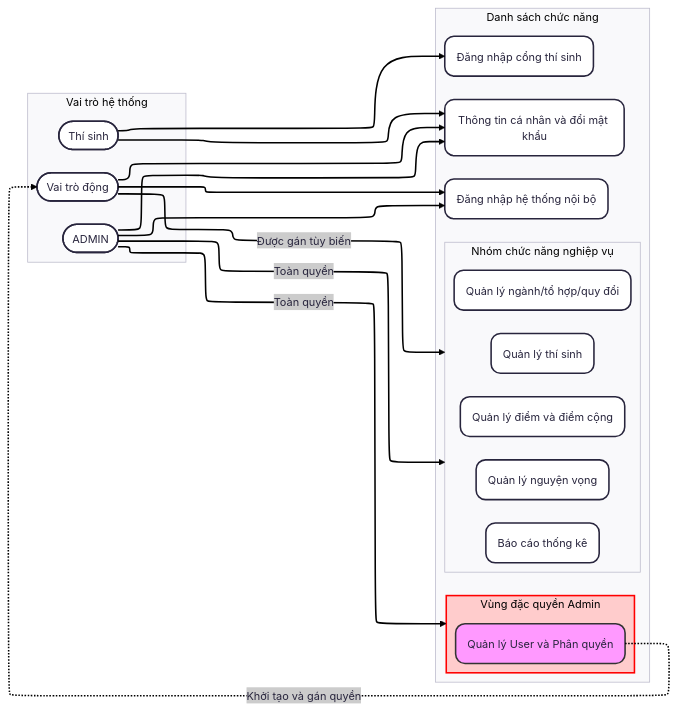
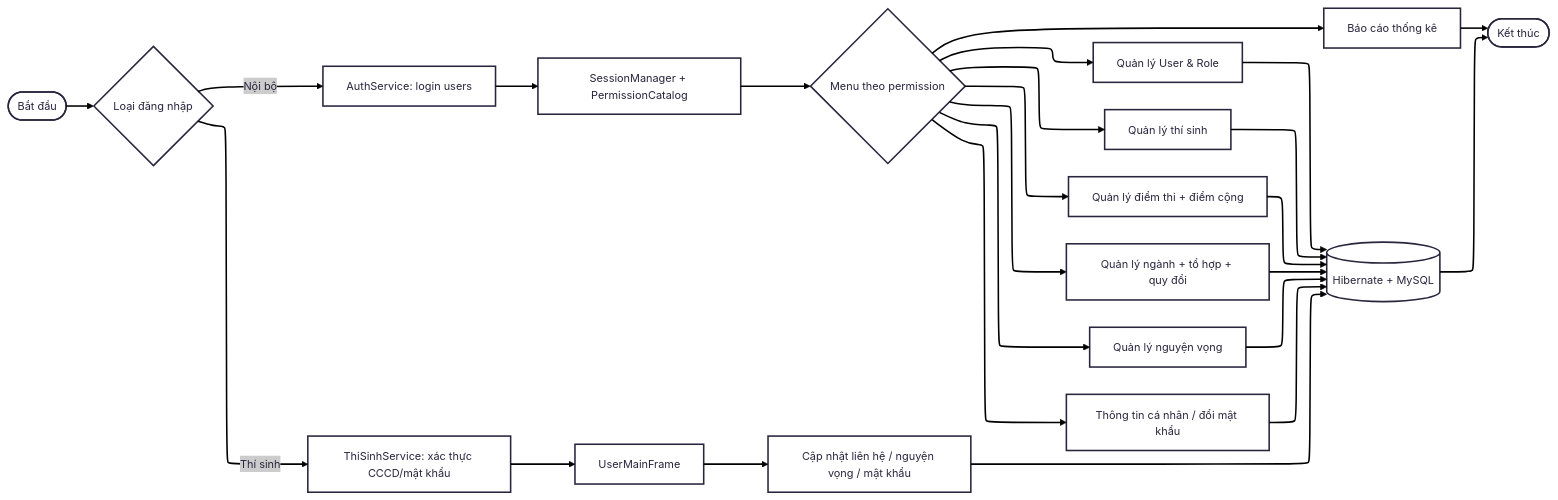
Before and after one commit to HaoWasabi/TuVanTuyenSinh: the first of 4 diagrams in docs/prd.md, drawn with Mermaid. The commit also changed other lines of this file and 8 other files, not shown here.

Commit message:
docs: update research with new diagrams and flowcharts

````diff
--- a/docs/prd.md
+++ b/docs/prd.md
@@ -97,48 +97,36 @@
 ```mermaid
 ---
 config:
   layout: elk
   theme: redux
 ---
 flowchart LR
-  subgraph Roles [Vai trò hệ thống]
-    Admin([ADMIN])
-    OtherRoles([Vai trò động])
-    CandidatePortal([Thí sinh])
-  end
+  Start([Bắt đầu]) --> Login{Loại đăng nhập}
 
-  subgraph Actions [Danh sách chức năng]
-    subgraph Admin_Only [Vùng đặc quyền Admin]
-      UC6(Quản lý User và Phân quyền)
-    end
+  Login -->|Nội bộ| AuthInternal[AuthService: login users]
+  Login -->|Thí sinh| AuthCandidate[ThiSinhService: xác thực CCCD/mật khẩu]
 
-    subgraph Business_UCs [Nhóm chức năng nghiệp vụ]
-      UC2(Quản lý thí sinh)
-      UC3(Quản lý điểm và điểm cộng)
-      UC4(Quản lý ngành/tổ hợp/quy đổi)
-      UC5(Quản lý nguyện vọng)
-      UC7(Báo cáo thống kê)
-    end
+  AuthInternal --> RBAC[SessionManager + PermissionCatalog]
+  RBAC --> Menu{Menu theo permission}
 
-    UC1A(Đăng nhập hệ thống nội bộ)
-    UC1B(Đăng nhập cổng thí sinh)
-    UC8(Thông tin cá nhân và đổi mật khẩu)
-  end
+  Menu --> MUser[Quản lý User & Role]
+  Menu --> MCandidate[Quản lý thí sinh]
+  Menu --> MScore[Quản lý điểm thi + điểm cộng]
+  Menu --> MMajor[Quản lý ngành + tổ hợp + quy đổi]
+  Menu --> MWish[Quản lý nguyện vọng]
+  Menu --> MReport[Báo cáo thống kê]
+  Menu --> MProfile[Thông tin cá nhân / đổi mật khẩu]
 
-  Admin -- Toàn quyền --> Admin_Only
-  Admin -- Toàn quyền --> Business_UCs
-  Admin --> UC1A
+  MUser --> Save[(Hibernate + MySQL)]
+  MCandidate --> Save
+  MScore --> Save
+  MMajor --> Save
+  MWish --> Save
+  MProfile --> Save
 
-  OtherRoles -- Được gán tùy biến --> Business_UCs
-  OtherRoles --> UC1A
-
-  CandidatePortal --> UC1B
-  CandidatePortal --> UC8
-  OtherRoles --> UC8
-  Admin --> UC8
-
-  UC6 -. Khởi tạo và gán quyền .-> OtherRoles
-
-  style Admin_Only fill:#ffcccc,stroke:#ff0000,stroke-width:2px
-  style UC6 fill:#f9f,stroke:#333,stroke-width:2px
+  AuthCandidate --> CandidatePortal[UserMainFrame]
+  CandidatePortal --> CUpdate[Cập nhật liên hệ / nguyện vọng / mật khẩu]
+  CUpdate --> Save
+  MReport --> End([Kết thúc])
+  Save --> End
 ```
````
